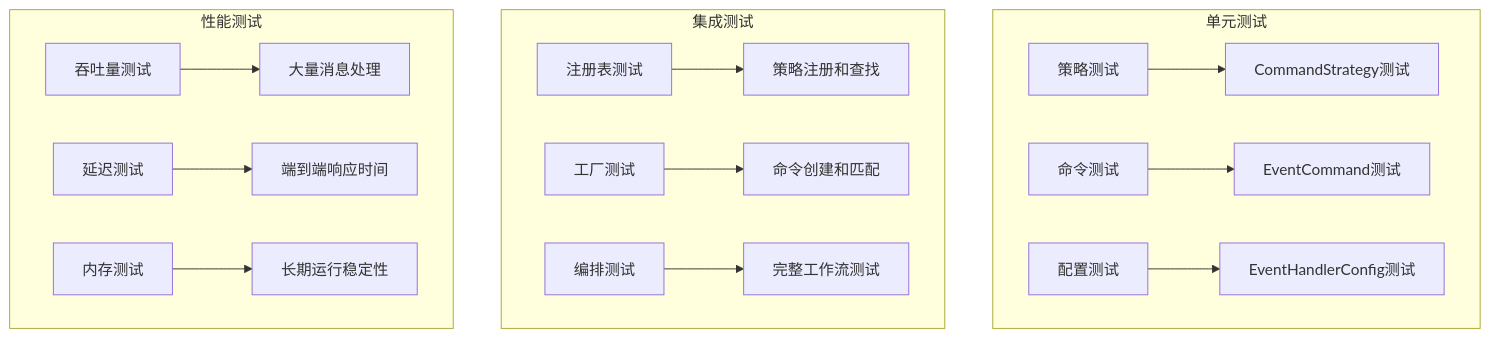
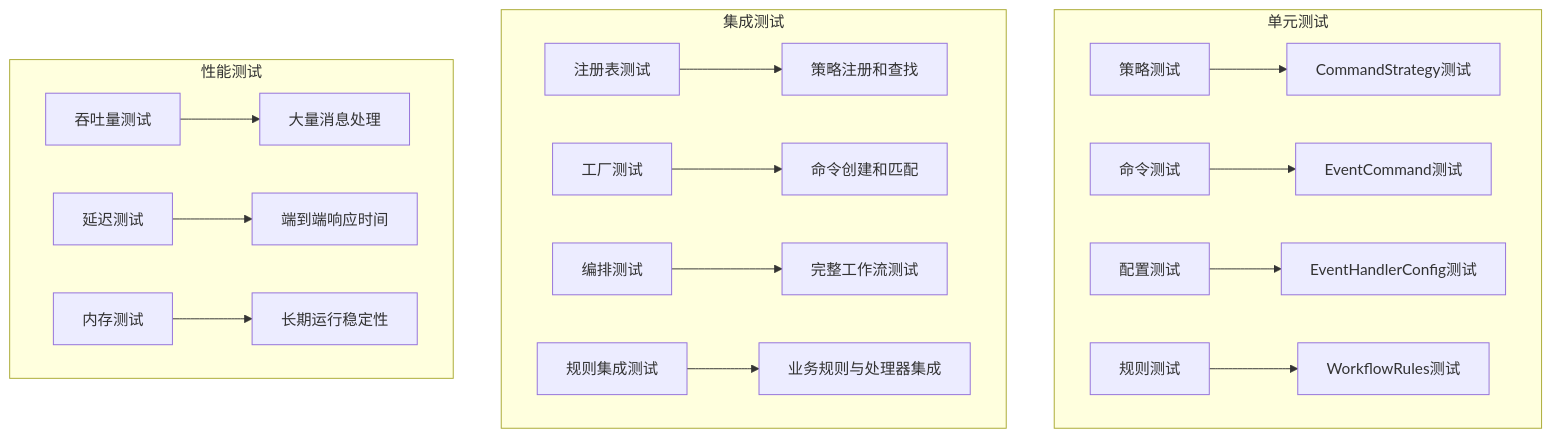
Diagram 38 of 38 in apps/backend/src/agents/orchestrator/README.md (zhiyue/infinite-scribe), drawn with Mermaid before and after one commit. The commit also changed other lines of this file and 1 other file, not shown here.

````diff
--- a/apps/backend/src/agents/orchestrator/README.md
+++ b/apps/backend/src/agents/orchestrator/README.md
@@ -2048,20 +2368,22 @@
 ```mermaid
 graph TD
     subgraph "单元测试"
         A[策略测试] --> A1[CommandStrategy测试]
         B[命令测试] --> B1[EventCommand测试]
         C[配置测试] --> C1[EventHandlerConfig测试]
+        D[规则测试] --> D1[WorkflowRules测试]
     end
     
     subgraph "集成测试"
-        D[注册表测试] --> D1[策略注册和查找]
-        E[工厂测试] --> E1[命令创建和匹配]
-        F[编排测试] --> F1[完整工作流测试]
+        E[注册表测试] --> E1[策略注册和查找]
+        F[工厂测试] --> F1[命令创建和匹配]
+        G[编排测试] --> G1[完整工作流测试]
+        H[规则集成测试] --> H1[业务规则与处理器集成]
     end
     
     subgraph "性能测试"
-        G[吞吐量测试] --> G1[大量消息处理]
-        H[延迟测试] --> H1[端到端响应时间]
-        I[内存测试] --> I1[长期运行稳定性]
+        I[吞吐量测试] --> I1[大量消息处理]
+        J[延迟测试] --> J1[端到端响应时间]
+        K[内存测试] --> K1[长期运行稳定性]
     end
 ```
````
